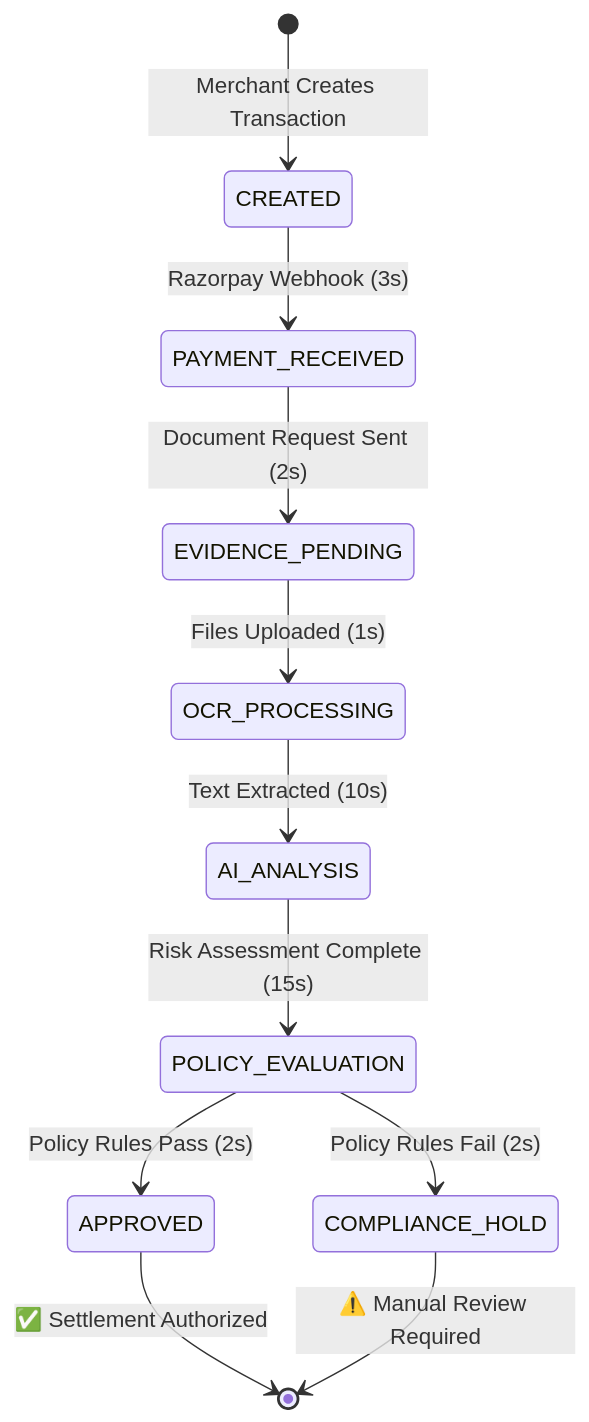
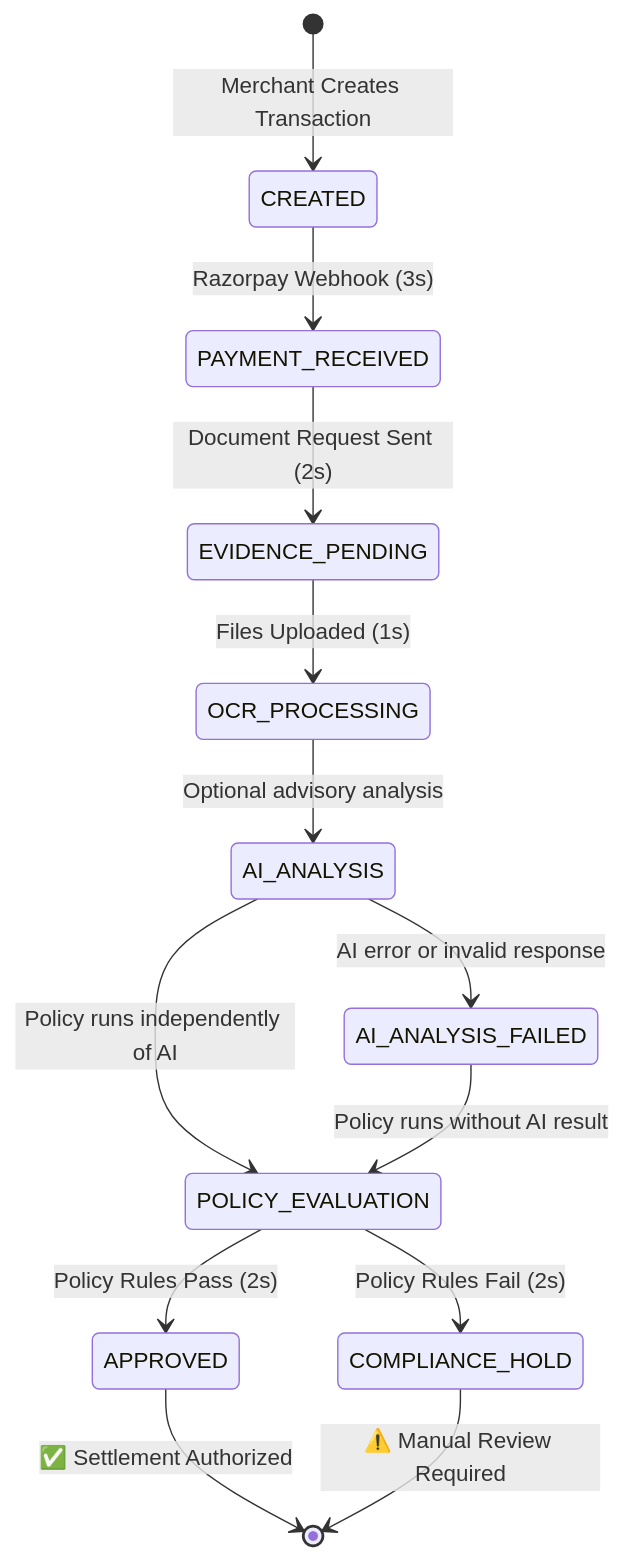
The second of 2 diagrams in README.md (Aakash02A/Aegis-X), drawn with Mermaid before and after one commit. The commit also changed other lines of this file and 5 other files, not shown here.

````diff
--- a/README.md
+++ b/README.md
@@ -230,13 +203,15 @@
 ```mermaid
 stateDiagram-v2
     [*] --> CREATED : Merchant Creates Transaction
     CREATED --> PAYMENT_RECEIVED : Razorpay Webhook (3s)
     PAYMENT_RECEIVED --> EVIDENCE_PENDING : Document Request Sent (2s)
     EVIDENCE_PENDING --> OCR_PROCESSING : Files Uploaded (1s)
-    OCR_PROCESSING --> AI_ANALYSIS : Text Extracted (10s)
-    AI_ANALYSIS --> POLICY_EVALUATION : Risk Assessment Complete (15s)
+    OCR_PROCESSING --> AI_ANALYSIS : Optional advisory analysis
+    AI_ANALYSIS --> POLICY_EVALUATION : Policy runs independently of AI
+    AI_ANALYSIS --> AI_ANALYSIS_FAILED : AI error or invalid response
+    AI_ANALYSIS_FAILED --> POLICY_EVALUATION : Policy runs without AI result
     POLICY_EVALUATION --> APPROVED : Policy Rules Pass (2s)
     POLICY_EVALUATION --> COMPLIANCE_HOLD : Policy Rules Fail (2s)
     APPROVED --> [*] : ✅ Settlement Authorized
     COMPLIANCE_HOLD --> [*] : ⚠️ Manual Review Required
 ```
````
